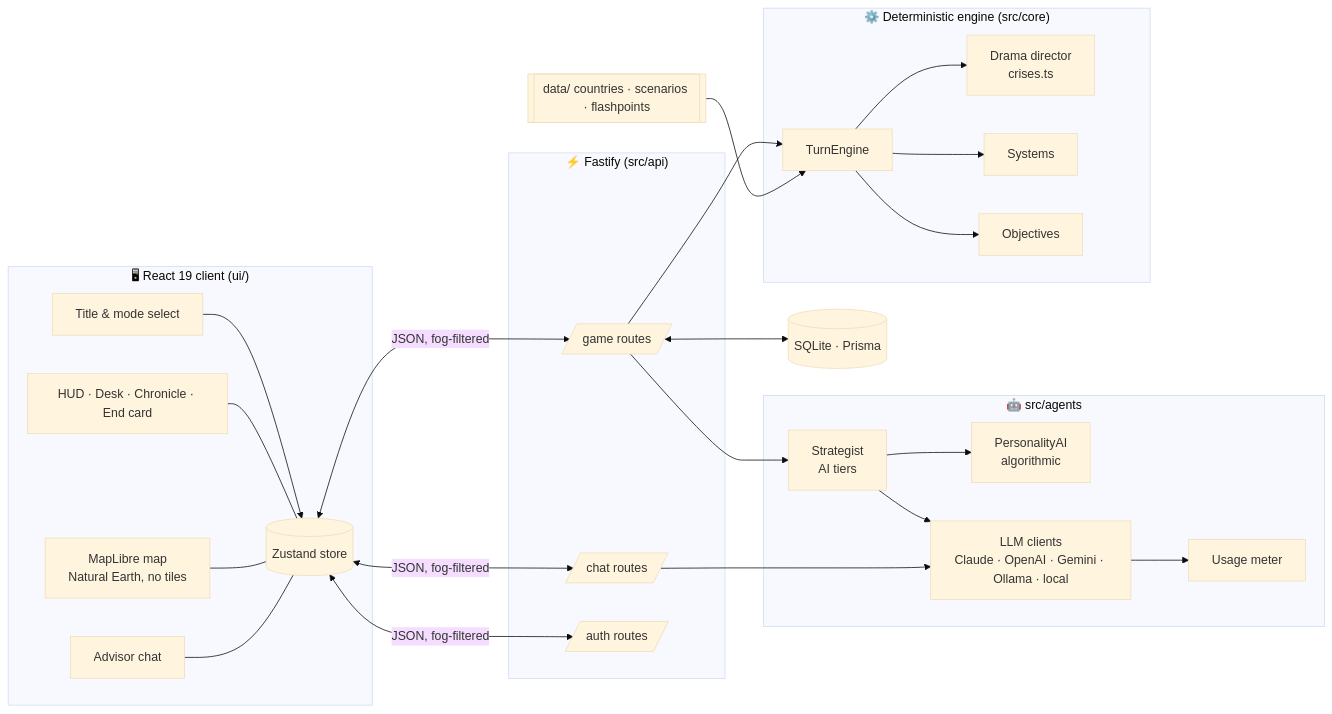
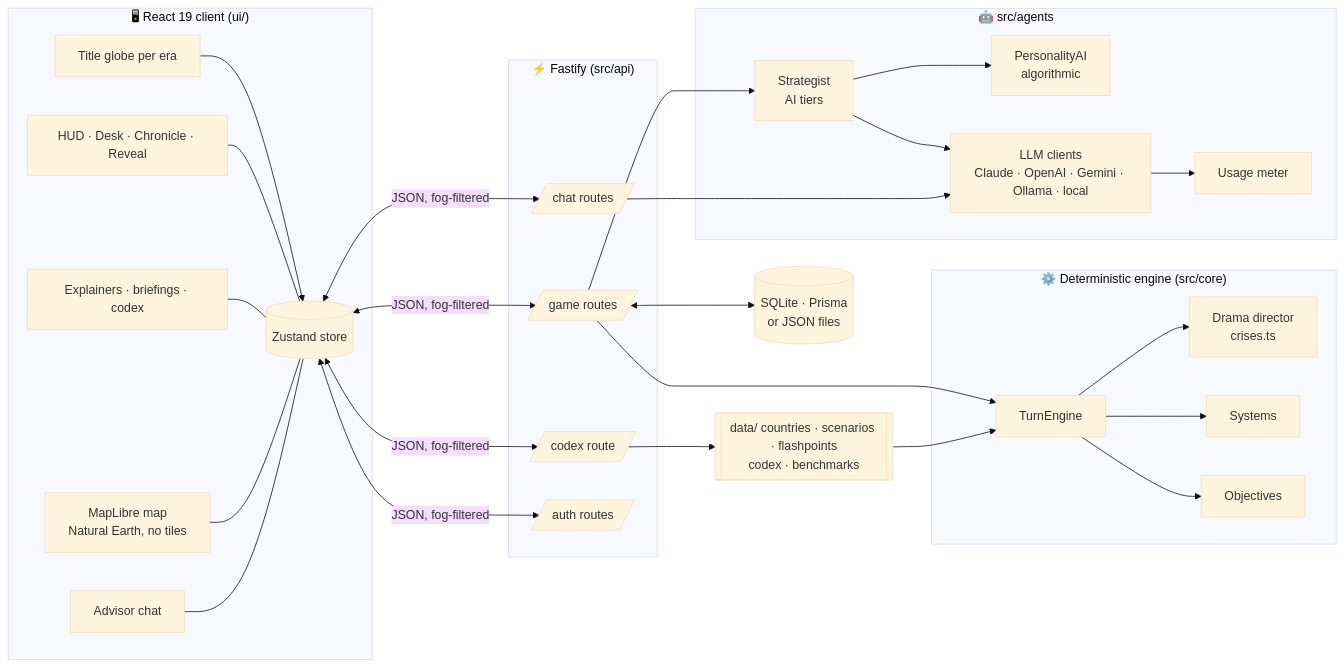
Before and after one commit to emanuelshalev/WorldConflict: the first of 3 diagrams in docs/ARCHITECTURE.md, drawn with Mermaid (base theme). The commit also changed other lines of this file and 5 other files, not shown here.

First line of the commit message:
docs: describe orders, the month, the reveal, learning aids and era maps

````diff
--- a/docs/ARCHITECTURE.md
+++ b/docs/ARCHITECTURE.md
@@ -5,35 +5,38 @@
 ```mermaid
 flowchart LR
   subgraph Client["🖥 React 19 client (ui/)"]
-    Title[Title & mode select] --> Store[(Zustand store)]
-    HUD[HUD · Desk · Chronicle · End card] --- Store
+    Title[Title globe per era] --> Store[(Zustand store)]
+    HUD[HUD · Desk · Chronicle · Reveal] --- Store
+    Learn[Explainers · briefings · codex] --- Store
     Map[MapLibre map<br/>Natural Earth, no tiles] --- Store
     Adv[Advisor chat] --- Store
   end
   subgraph API["⚡ Fastify (src/api)"]
     G[/game routes/]
+    X[/codex route/]
     C[/chat routes/]
     A[/auth routes/]
   end
   subgraph Agents["🤖 src/agents"]
     PAI[PersonalityAI<br/>algorithmic]
     STR[Strategist<br/>AI tiers]
     LLM[LLM clients<br/>Claude · OpenAI · Gemini · Ollama · local]
     UM[Usage meter]
   end
   subgraph Core["⚙️ Deterministic engine (src/core)"]
     TE[TurnEngine]
     DIR[Drama director<br/>crises.ts]
     SYS[Systems]
     OBJ[Objectives]
   end
-  DB[(SQLite · Prisma)]
-  DATA[[data/ countries · scenarios · flashpoints]]
-  Store <-->|JSON, fog-filtered| G & C & A
+  DB[(SQLite · Prisma<br/>or JSON files)]
+  DATA[[data/ countries · scenarios · flashpoints<br/>codex · benchmarks]]
+  Store <-->|JSON, fog-filtered| G & X & C & A
+  X --> DATA
   G --> STR --> PAI
   STR --> LLM --> UM
   G --> TE --> DIR & SYS & OBJ
   C --> LLM
   G <--> DB
   DATA --> TE
 ```
````
